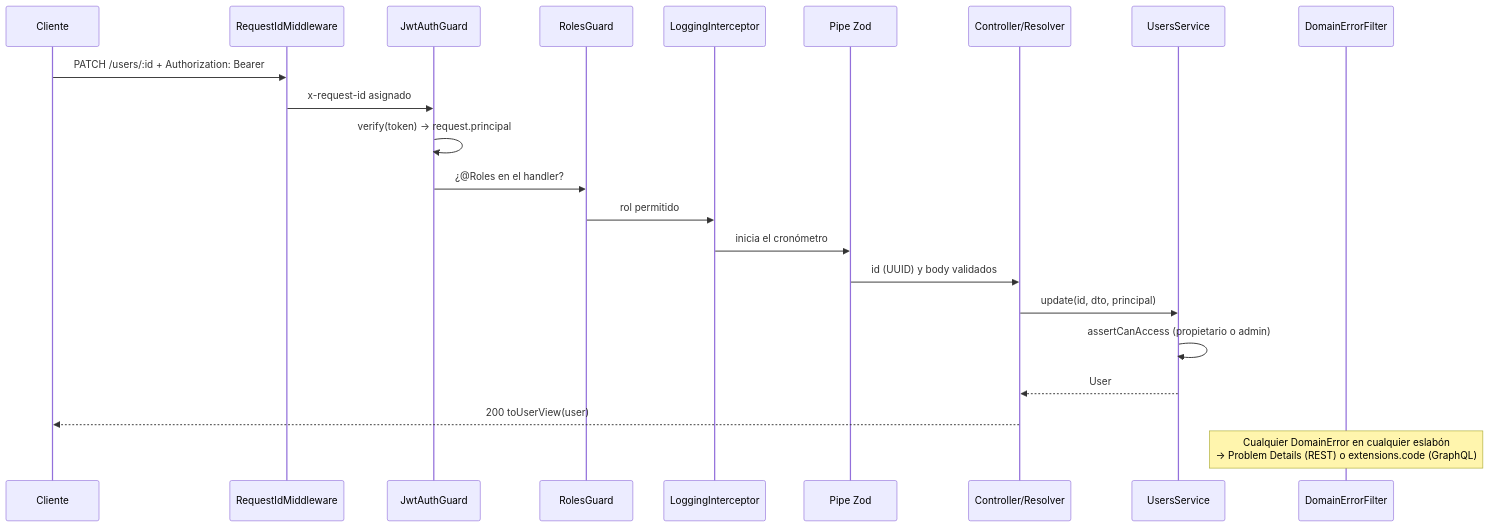
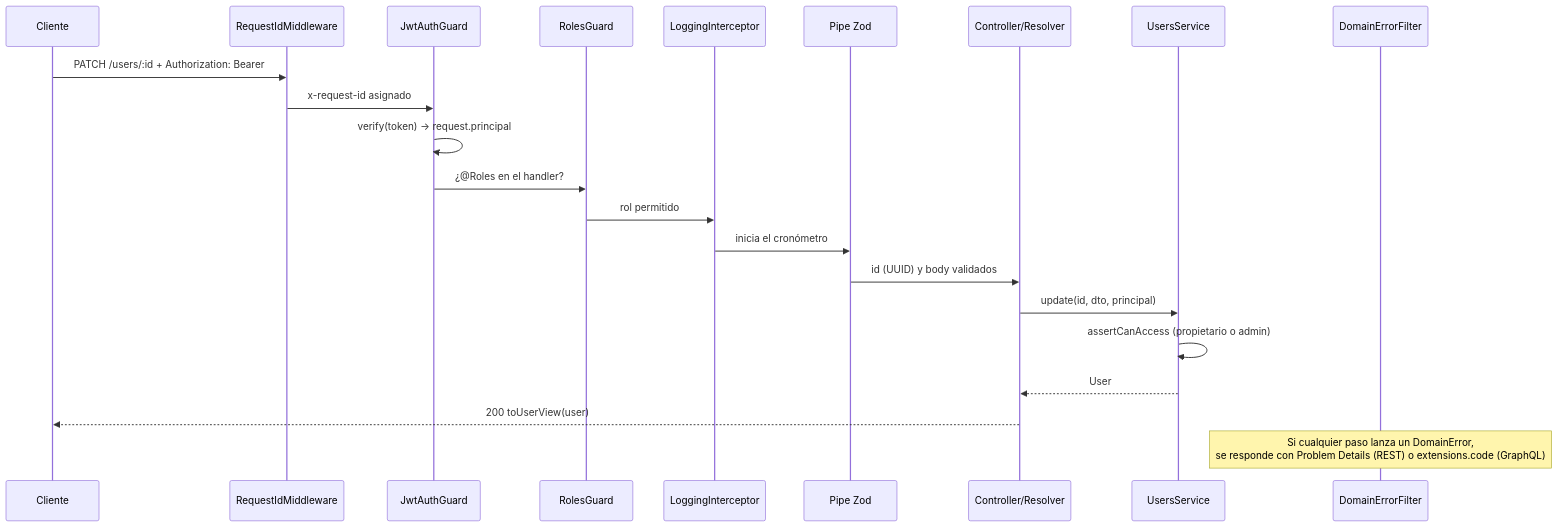
One commit to jmrg-link/nest-hexagonal-adapters changed the diagram in docs/03-auth-jwt-y-pipeline.md. Above: the diagram before and after it, drawn with Mermaid. The commit also changed other lines of this file and 5 other files, not shown here.

````diff
--- a/docs/03-auth-jwt-y-pipeline.md
+++ b/docs/03-auth-jwt-y-pipeline.md
@@ -46,24 +46,24 @@
 ```mermaid
 sequenceDiagram
   participant C as Cliente
   participant M as RequestIdMiddleware
   participant J as JwtAuthGuard
   participant R as RolesGuard
   participant I as LoggingInterceptor
   participant V as Pipe Zod
   participant H as Controller/Resolver
   participant S as UsersService
   participant F as DomainErrorFilter
   C->>M: PATCH /users/:id + Authorization: Bearer
   M->>J: x-request-id asignado
   J->>J: verify(token) → request.principal
   J->>R: ¿@Roles en el handler?
   R->>I: rol permitido
   I->>V: inicia el cronómetro
   V->>H: id (UUID) y body validados
   H->>S: update(id, dto, principal)
   S->>S: assertCanAccess (propietario o admin)
   S-->>H: User
   H-->>C: 200 toUserView(user)
-  Note over F: Cualquier DomainError en cualquier eslabón<br/>→ Problem Details (REST) o extensions.code (GraphQL)
+  Note over F: Si cualquier paso lanza un DomainError,<br/>se responde con Problem Details (REST) o extensions.code (GraphQL)
 ```
````
